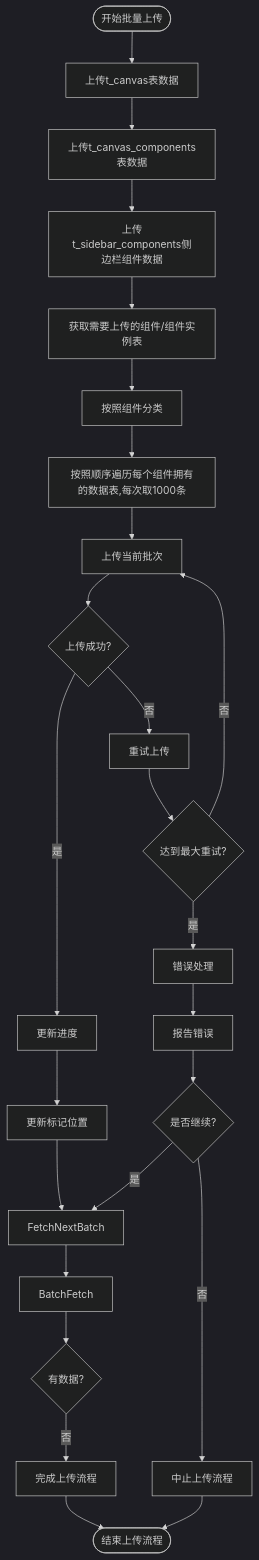
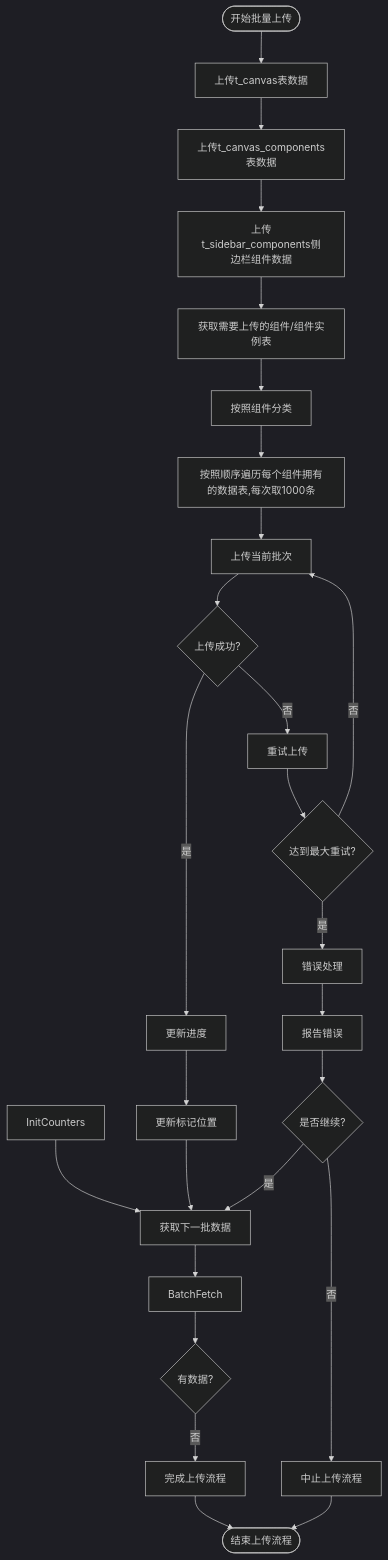
The diagram in all/未命名-51.md (yingjianzh/iodraw-files), drawn with Mermaid (dark theme) before and after one commit.

Commit message:
2025-05-08 17:31:59 update

````diff
--- a/all/未命名-51.md
+++ b/all/未命名-51.md
@@ -1,36 +1,40 @@
 ```mermaid
 flowchart TD
     Start([开始批量上传]) --> UploadSpaceData[上传t_canvas表数据]
     UploadSpaceData --> UploadComponentListData[上传t_canvas_components表数据]
     UploadComponentListData --> UploadSiderComponent[上传t_sidebar_components侧边栏组件数据]
     UploadSiderComponent --> FetchData[获取需要上传的组件/组件实例表]
     FetchData --> ClassifyData[按照组件分类]
     ClassifyData --> UploadData[按照顺序遍历每个组件拥有的数据表,每次取1000条]
     UploadData --> UploadBatch[上传当前批次]
+    
+    
+    
+    InitCounters --> FetchNextBatch[获取下一批数据]
     
     
     FetchNextBatch --> BatchFetch
     
     BatchFetch --> CheckResults{有数据?}
     CheckResults -->|否| CompleteUpload[完成上传流程]
      
     
     UploadBatch --> UploadSuccess{上传成功?}
     UploadSuccess -->|是| UpdateProgress[更新进度]
     UploadSuccess -->|否| RetryUpload[重试上传]
     
     RetryUpload --> MaxRetries{达到最大重试?}
     MaxRetries -->|否| UploadBatch
     MaxRetries -->|是| ErrorHandling[错误处理]
     
     ErrorHandling --> ReportError[报告错误]
     ReportError --> ContinueOption{是否继续?}
     ContinueOption -->|是| FetchNextBatch
     ContinueOption -->|否| AbortProcess[中止上传流程]
     
     UpdateProgress --> UpdateMarker[更新标记位置]
     UpdateMarker --> FetchNextBatch
     
     CompleteUpload --> End([结束上传流程])
     AbortProcess --> End
 ```
````
